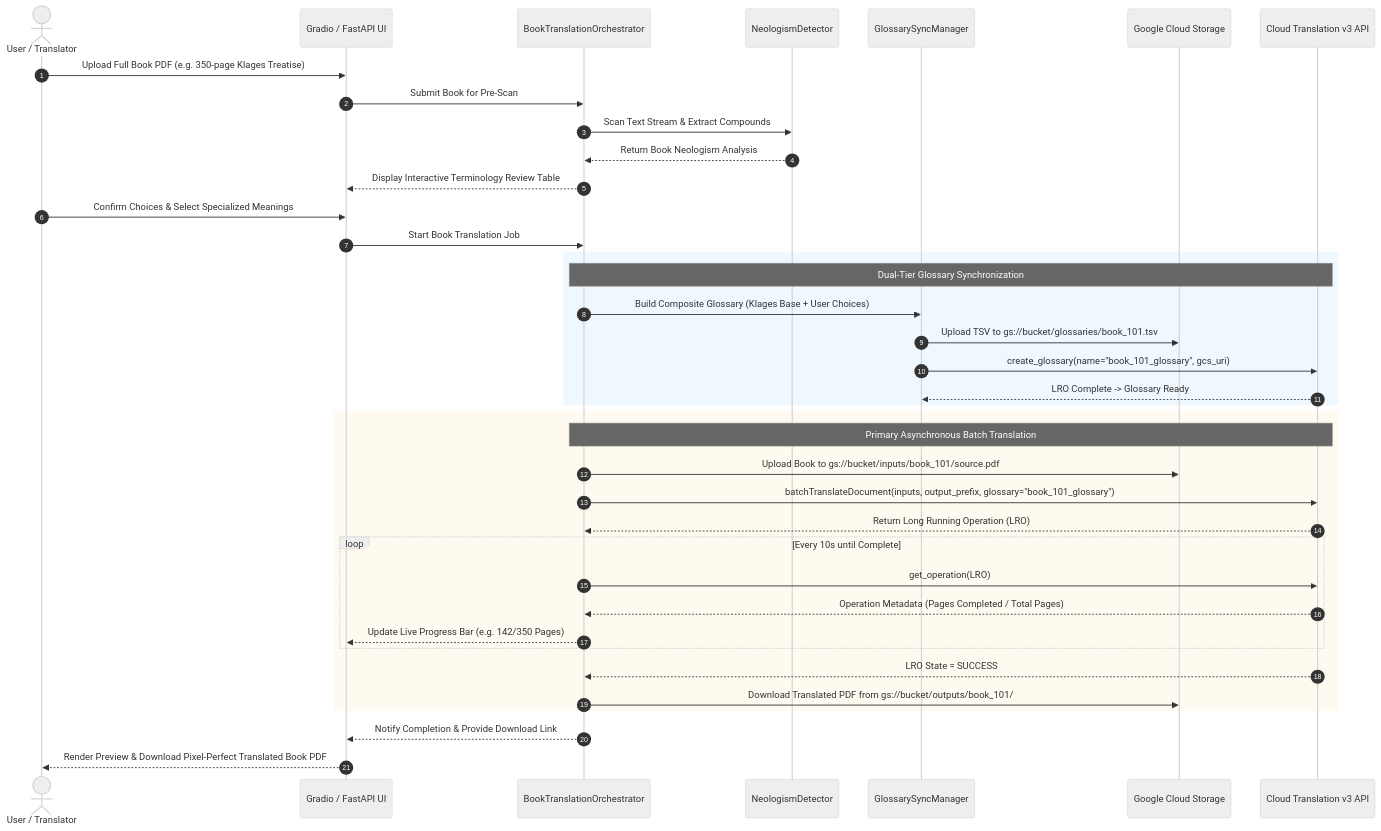
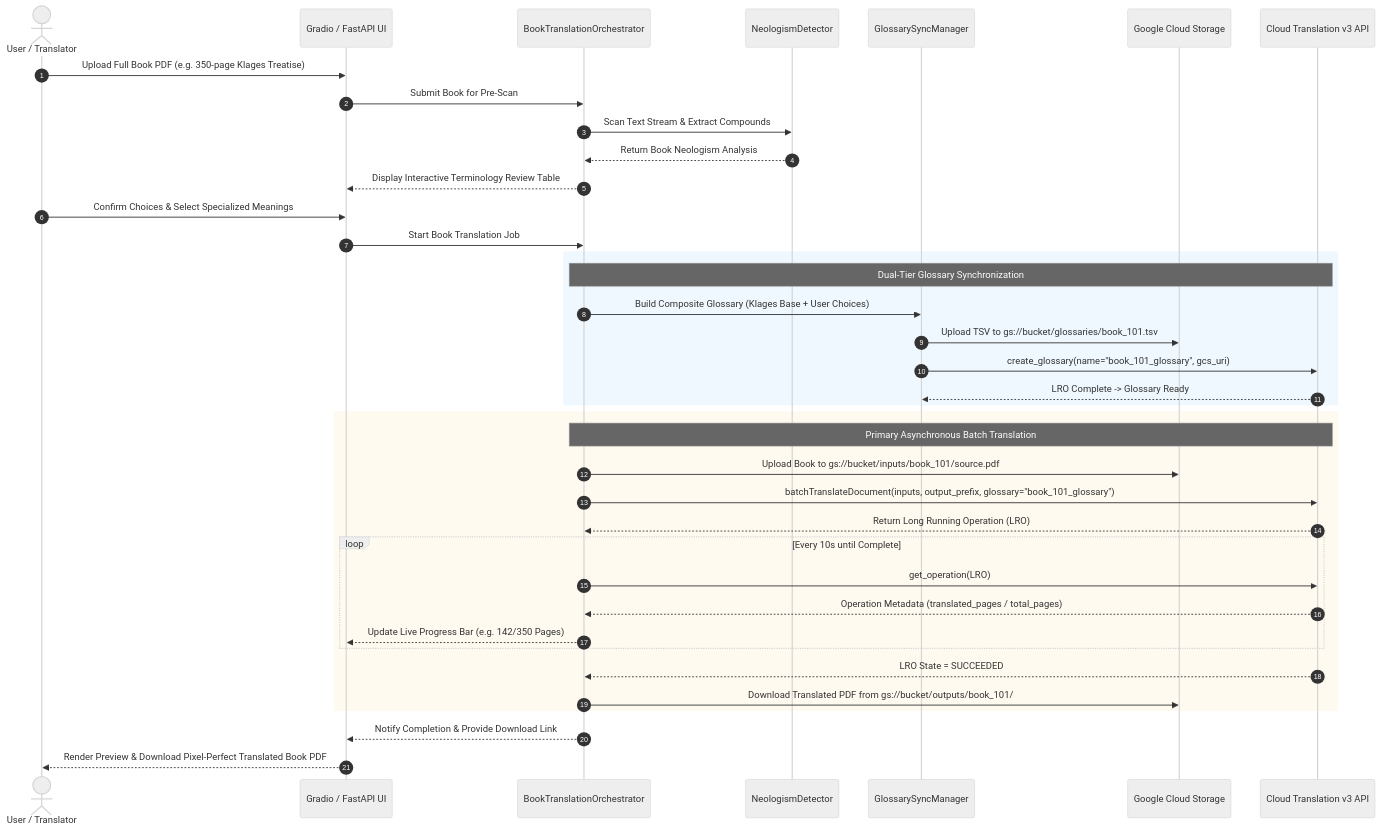
Before and after one commit to JAaron93/PhenomenalLayout: the third of 3 diagrams in spec/gcp-migration/design.md, drawn with Mermaid (neutral theme). The commit also changed other lines of this file and 7 other files, not shown here.

````diff
--- a/spec/gcp-migration/design.md
+++ b/spec/gcp-migration/design.md
@@ -152,47 +152,47 @@
 ```mermaid
 sequenceDiagram
     autonumber
     actor Translator as User / Translator
     participant UI as Gradio / FastAPI UI
     participant Orch as BookTranslationOrchestrator
     participant Neologism as NeologismDetector
     participant GlossarySync as GlossarySyncManager
     participant GCS as Google Cloud Storage
     participant GCP_API as Cloud Translation v3 API
 
     Translator->>UI: Upload Full Book PDF (e.g. 350-page Klages Treatise)
     UI->>Orch: Submit Book for Pre-Scan
     Orch->>Neologism: Scan Text Stream & Extract Compounds
     Neologism-->>Orch: Return Book Neologism Analysis
     Orch-->>UI: Display Interactive Terminology Review Table
     
     Translator->>UI: Confirm Choices & Select Specialized Meanings
     UI->>Orch: Start Book Translation Job
     
     rect rgb(240, 248, 255)
     Note over Orch,GCP_API: Dual-Tier Glossary Synchronization
     Orch->>GlossarySync: Build Composite Glossary (Klages Base + User Choices)
     GlossarySync->>GCS: Upload TSV to gs://bucket/glossaries/book_101.tsv
     GlossarySync->>GCP_API: create_glossary(name="book_101_glossary", gcs_uri)
     GCP_API-->>GlossarySync: LRO Complete -> Glossary Ready
     end
 
     rect rgb(255, 250, 240)
     Note over Orch,GCP_API: Primary Asynchronous Batch Translation
     Orch->>GCS: Upload Book to gs://bucket/inputs/book_101/source.pdf
     Orch->>GCP_API: batchTranslateDocument(inputs, output_prefix, glossary="book_101_glossary")
     GCP_API-->>Orch: Return Long Running Operation (LRO)
     
     loop Every 10s until Complete
         Orch->>GCP_API: get_operation(LRO)
-        GCP_API-->>Orch: Operation Metadata (Pages Completed / Total Pages)
+        GCP_API-->>Orch: Operation Metadata (translated_pages / total_pages)
         Orch-->>UI: Update Live Progress Bar (e.g. 142/350 Pages)
     end
     
-    GCP_API-->>Orch: LRO State = SUCCESS
+    GCP_API-->>Orch: LRO State = SUCCEEDED
     Orch->>GCS: Download Translated PDF from gs://bucket/outputs/book_101/
     end
 
     Orch-->>UI: Notify Completion & Provide Download Link
     UI-->>Translator: Render Preview & Download Pixel-Perfect Translated Book PDF
 ```
````
